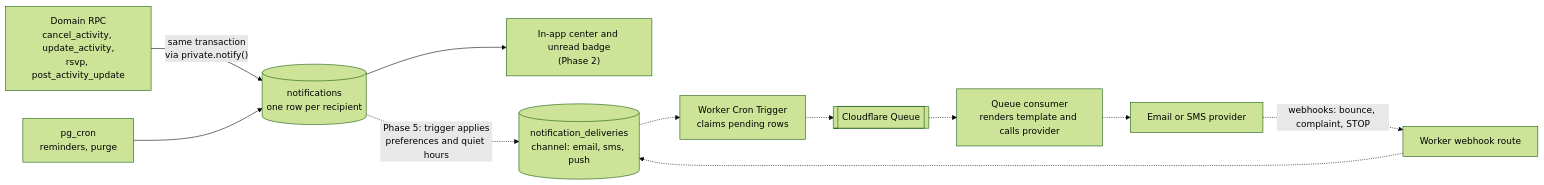
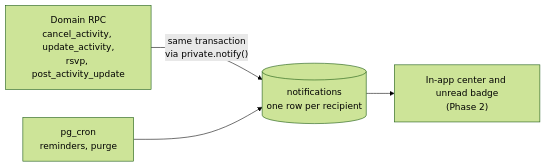
Before and after one commit to Web-Design-Development-Society/faba: the fourth of 6 diagrams in docs/faba-design-document.md, drawn with Mermaid (forest theme). The commit also changed other lines of this file, not shown here.

Commit message:
Updated sms and email notification speach

````diff
--- a/docs/faba-design-document.md
+++ b/docs/faba-design-document.md
@@ -2839,13 +2695,6 @@
 ```mermaid
 flowchart LR
   A["Domain RPC<br/>cancel_activity, update_activity,<br/>rsvp, post_activity_update"] -->|"same transaction<br/>via private.notify()"| N[("notifications<br/>one row per recipient")]
   CRON["pg_cron<br/>reminders, purge"] --> N
   N --> UI["In-app center and unread badge<br/>(Phase 2)"]
-  N -.->|"Phase 5: trigger applies<br/>preferences and quiet hours"| D[("notification_deliveries<br/>channel: email, sms, push")]
-  D -.-> CT["Worker Cron Trigger<br/>claims pending rows"]
-  CT -.-> Q[["Cloudflare Queue"]]
-  Q -.-> C["Queue consumer<br/>renders template and calls provider"]
-  C -.-> P["Email or SMS provider"]
-  P -.->|"webhooks: bounce, complaint, STOP"| WH["Worker webhook route"]
-  WH -.-> D
 ```
````
